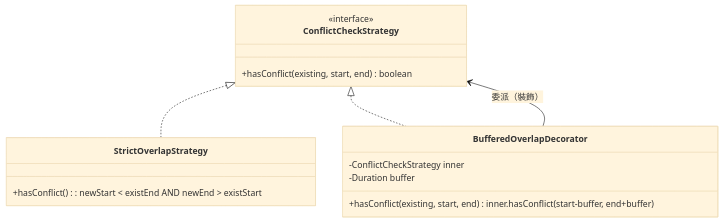
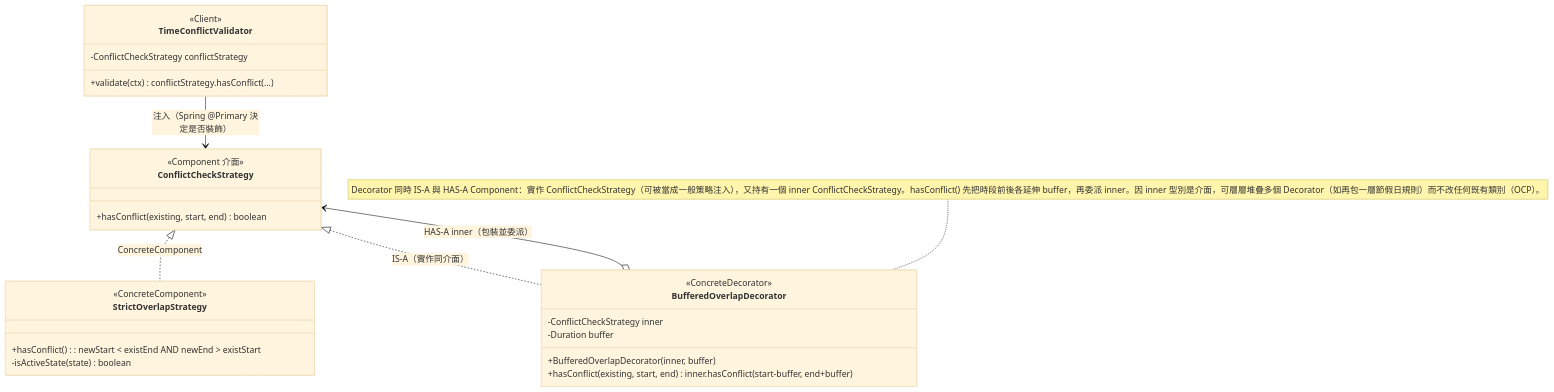
One commit to JW-Albert/114-2_FCU_Framework-Design-Final changed diagram 11 of 16 in README.md. Above: the diagram before and after it, drawn with Mermaid (base theme). The commit also changed other lines of this file, not shown here.

First line of the commit message:
docs(uml): 依老師回饋補完五個設計模式 UML

````diff
--- a/README.md
+++ b/README.md
@@ -505,19 +571,31 @@
 ```mermaid
 classDiagram
     class ConflictCheckStrategy {
-        <<interface>>
+        <<Component 介面>>
         +hasConflict(existing, start, end) boolean
     }
     class StrictOverlapStrategy {
+        <<ConcreteComponent>>
         +hasConflict() : newStart < existEnd AND newEnd > existStart
+        -isActiveState(state) boolean
     }
     class BufferedOverlapDecorator {
+        <<ConcreteDecorator>>
         -ConflictCheckStrategy inner
         -Duration buffer
+        +BufferedOverlapDecorator(inner, buffer)
         +hasConflict(existing, start, end) : inner.hasConflict(start-buffer, end+buffer)
     }
+    class TimeConflictValidator {
+        <<Client>>
+        -ConflictCheckStrategy conflictStrategy
+        +validate(ctx) : conflictStrategy.hasConflict(...)
+    }
 
-    ConflictCheckStrategy <|.. StrictOverlapStrategy
-    ConflictCheckStrategy <|.. BufferedOverlapDecorator
-    BufferedOverlapDecorator --> ConflictCheckStrategy : 委派（裝飾）
+    ConflictCheckStrategy <|.. StrictOverlapStrategy : ConcreteComponent
+    ConflictCheckStrategy <|.. BufferedOverlapDecorator : IS-A（實作同介面）
+    BufferedOverlapDecorator o--> ConflictCheckStrategy : HAS-A inner（包裝並委派）
+    TimeConflictValidator --> ConflictCheckStrategy : 注入（Spring @Primary 決定是否裝飾）
+
+    note for BufferedOverlapDecorator "Decorator 同時 IS-A 與 HAS-A Component：實作 ConflictCheckStrategy（可被當成一般策略注入），又持有一個 inner ConflictCheckStrategy。hasConflict() 先把時段前後各延伸 buffer，再委派 inner。因 inner 型別是介面，可層層堆疊多個 Decorator（如再包一層節假日規則）而不改任何既有類別（OCP）。"
 ```
````
